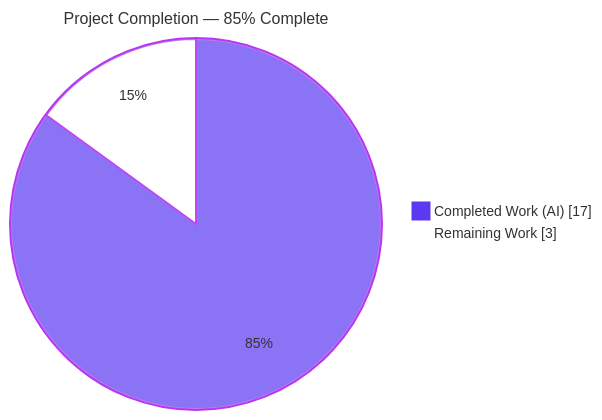
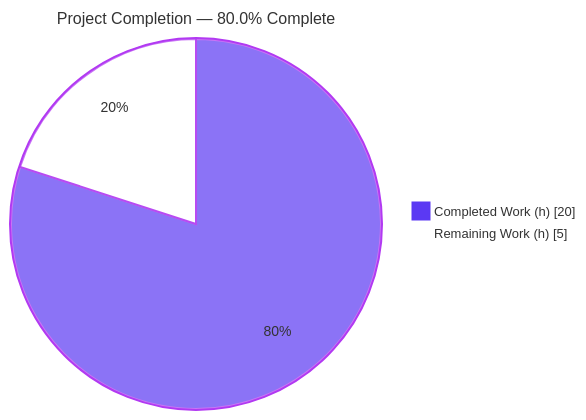
One commit to blitzy-public-samples/aws-carddemo-blitzy changed the first of 3 diagrams in blitzy/documentation/Project Guide.md. Above: the diagram before and after it, drawn with Mermaid. The commit also changed other lines of this file, not shown here.

Commit message:
Adding Blitzy Project Guide: Project Status and Human Tasks Remaining

````diff
--- a/blitzy/documentation/Project Guide.md
+++ b/blitzy/documentation/Project Guide.md
@@ -15,7 +11,6 @@
 ```mermaid
-%%{init: {'theme':'base', 'themeVariables': {'pie1':'#5B39F3', 'pie2':'#FFFFFF', 'pieStrokeColor':'#B23AF2', 'pieOuterStrokeColor':'#B23AF2', 'pieTitleTextSize':'16px', 'pieSectionTextSize':'14px', 'pieLegendTextSize':'14px'}}}%%
-pie showData
-    title Project Completion — 85% Complete
-    "Completed Work (AI)" : 17
-    "Remaining Work" : 3
+%%{init: {'theme':'base', 'themeVariables': {'pie1':'#5B39F3','pie2':'#FFFFFF','pieStrokeColor':'#B23AF2','pieOuterStrokeColor':'#B23AF2','pieTitleTextSize':'16px','pieSectionTextSize':'14px','pieLegendTextSize':'13px'}}}%%
+pie showData title Project Completion — 80.0% Complete
+    "Completed Work (h)" : 20.0
+    "Remaining Work (h)" : 5.0
 ```
````
